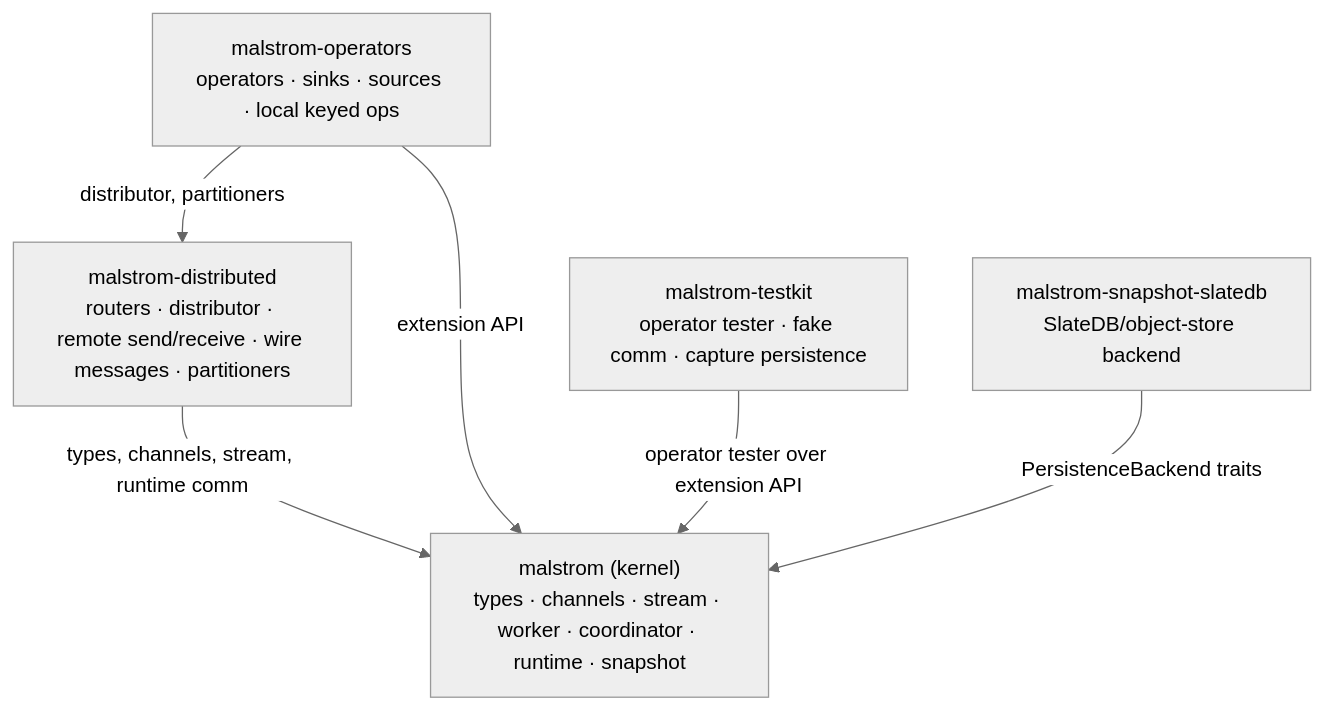
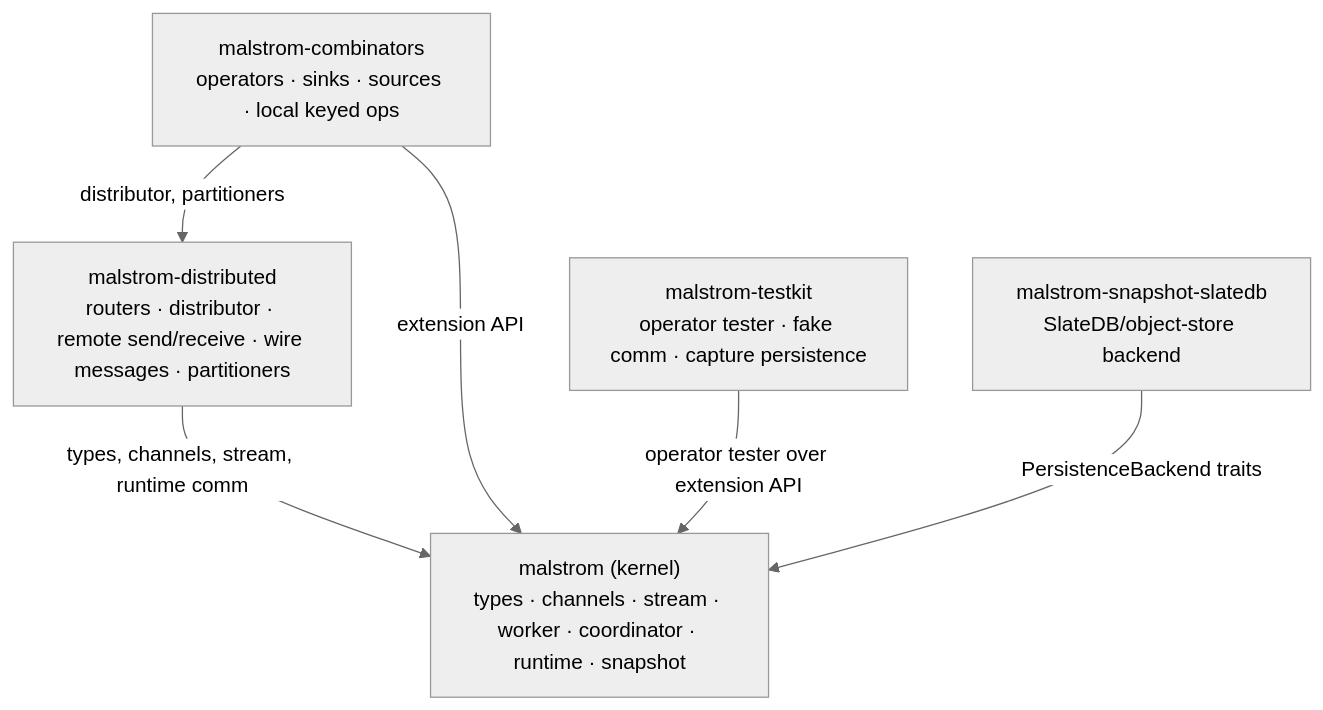
One commit to nrdhm/malstrom changed the first of 2 diagrams in docs/overviews/04-modules.md. Above: the diagram before and after it, drawn with Mermaid (neutral theme). The commit also changed other lines of this file and 99 other files, not shown here.

First line of the commit message:
refactor: rename malstrom-operators to malstrom-combinators

````diff
--- a/docs/overviews/04-modules.md
+++ b/docs/overviews/04-modules.md
@@ -68,14 +68,14 @@
 ```mermaid
 graph TD
     malstrom["malstrom (kernel)<br/>types · channels · stream · worker · coordinator · runtime · snapshot"]
     dist["malstrom-distributed<br/>routers · distributor · remote send/receive · wire messages · partitioners"]
-    ops["malstrom-operators<br/>operators · sinks · sources · local keyed ops"]
+    ops["malstrom-combinators<br/>operators · sinks · sources · local keyed ops"]
     tk["malstrom-testkit<br/>operator tester · fake comm · capture persistence"]
     ss["malstrom-snapshot-slatedb<br/>SlateDB/object-store backend"]
 
     dist -->|"types, channels, stream, runtime comm"| malstrom
     ops -->|"extension API"| malstrom
     ops -->|"distributor, partitioners"| dist
     tk -->|"operator tester over extension API"| malstrom
     ss -->|"PersistenceBackend traits"| malstrom
 ```
````
